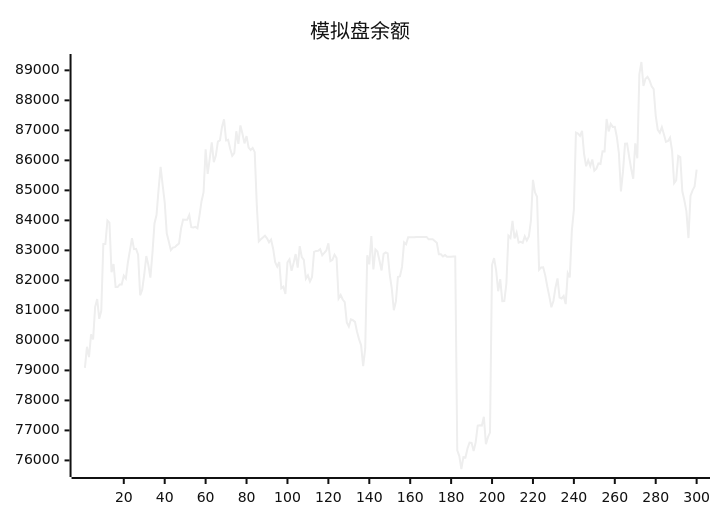
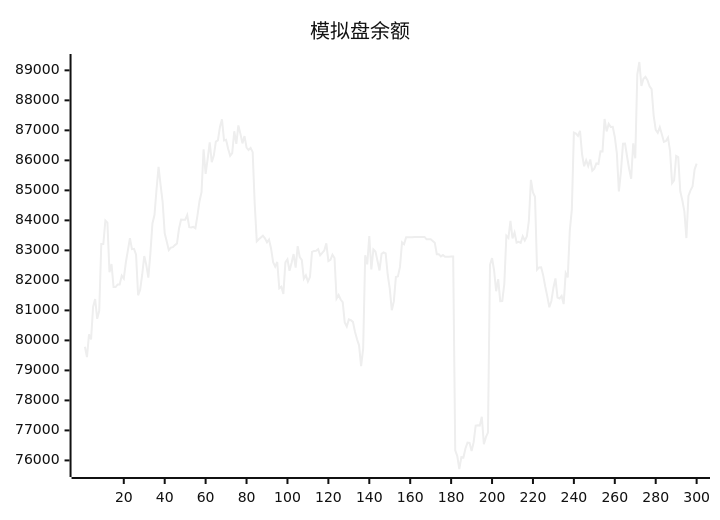
One commit to aahl/ai-trading changed the diagram in README.md. Above: the diagram before and after it, drawn with Mermaid (neutral theme). The commit also changed other lines of this file and 1 other file, not shown here.

````diff
--- a/README.md
+++ b/README.md
@@ -5,5 +5,5 @@
 ```mermaid
 xychart
     title "模拟盘余额"
-    line [79085,79787,79442,80198,80031,81120,81379,80718,80985,83214,83212,83993,83921,82270,82547,81776,81776,81866,81866,82158,82061,82596,83000,83408,83041,83050,82858,81503,81691,82188,82812,82517,82092,82901,83898,84180,85030,85781,85178,84604,83569,83298,83008,83093,83107,83175,83228,83729,84025,84017,84019,84177,83775,83762,83785,83738,84160,84639,84939,86370,85548,86046,86599,85942,86161,86622,86664,87115,87369,86666,86685,86384,86152,86243,86969,86548,87164,86885,86566,86809,86427,86348,86417,86273,84538,83299,83369,83430,83490,83404,83270,83362,83056,82605,82459,82614,81734,81788,81551,82598,82702,82320,82580,82878,82426,83139,82778,82686,82056,82166,81963,82110,82951,82983,82984,83038,82838,82915,82998,83235,82642,82682,82858,82746,81396,81512,81362,81277,80600,80461,80699,80673,80616,80288,80038,79836,79142,79722,82837,82533,83480,82366,83032,82960,82654,82330,82883,82934,82901,82188,81728,81005,81298,82110,82135,82449,83264,83203,83440,83439,83440,83440,83446,83447,83448,83447,83448,83449,83369,83369,83369,83313,83256,82872,82873,82801,82844,82785,82791,82791,82793,82794,76339,76145,75714,76110,76096,76397,76594,76585,76310,76607,77160,77170,77160,77456,76541,76774,76927,82520,82744,82337,81639,82040,81307,81314,81887,83490,83414,83984,83396,83594,83261,83287,83253,83470,83327,83465,83987,85348,84930,84786,82355,82433,82438,82167,81795,81466,81105,81315,81756,82064,81426,81398,81481,81210,82242,82099,83658,84359,86925,86892,86814,86980,86203,85802,86003,85811,86028,85657,85721,85896,85880,86300,86299,87378,86965,87214,87115,87118,86780,86238,84966,85623,86555,86562,86129,85722,85387,86569,86070,88870,89278,88477,88720,88781,88668,88467,88372,87493,87018,86917,87102,86870,86613,86644,86758,86317,85242,85334,86149,86106,84968,84671,84302,83410,84816,85001,85127,85693]
+    line [79787,79442,80198,80031,81120,81379,80718,80985,83214,83212,83993,83921,82270,82547,81776,81776,81866,81866,82158,82061,82596,83000,83408,83041,83050,82858,81503,81691,82188,82812,82517,82092,82901,83898,84180,85030,85781,85178,84604,83569,83298,83008,83093,83107,83175,83228,83729,84025,84017,84019,84177,83775,83762,83785,83738,84160,84639,84939,86370,85548,86046,86599,85942,86161,86622,86664,87115,87369,86666,86685,86384,86152,86243,86969,86548,87164,86885,86566,86809,86427,86348,86417,86273,84538,83299,83369,83430,83490,83404,83270,83362,83056,82605,82459,82614,81734,81788,81551,82598,82702,82320,82580,82878,82426,83139,82778,82686,82056,82166,81963,82110,82951,82983,82984,83038,82838,82915,82998,83235,82642,82682,82858,82746,81396,81512,81362,81277,80600,80461,80699,80673,80616,80288,80038,79836,79142,79722,82837,82533,83480,82366,83032,82960,82654,82330,82883,82934,82901,82188,81728,81005,81298,82110,82135,82449,83264,83203,83440,83439,83440,83440,83446,83447,83448,83447,83448,83449,83369,83369,83369,83313,83256,82872,82873,82801,82844,82785,82791,82791,82793,82794,76339,76145,75714,76110,76096,76397,76594,76585,76310,76607,77160,77170,77160,77456,76541,76774,76927,82520,82744,82337,81639,82040,81307,81314,81887,83490,83414,83984,83396,83594,83261,83287,83253,83470,83327,83465,83987,85348,84930,84786,82355,82433,82438,82167,81795,81466,81105,81315,81756,82064,81426,81398,81481,81210,82242,82099,83658,84359,86925,86892,86814,86980,86203,85802,86003,85811,86028,85657,85721,85896,85880,86300,86299,87378,86965,87214,87115,87118,86780,86238,84966,85623,86555,86562,86129,85722,85387,86569,86070,88870,89278,88477,88720,88781,88668,88467,88372,87493,87018,86917,87102,86870,86613,86644,86758,86317,85242,85334,86149,86106,84968,84671,84302,83410,84816,85001,85127,85693,85891]
 ```
````
